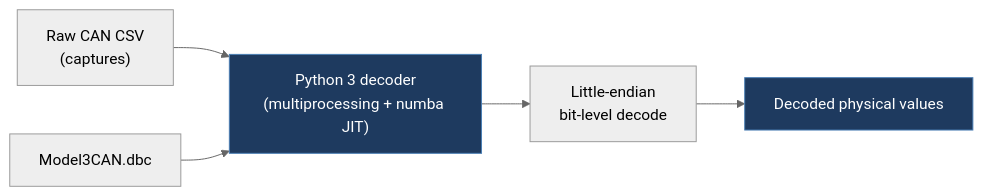
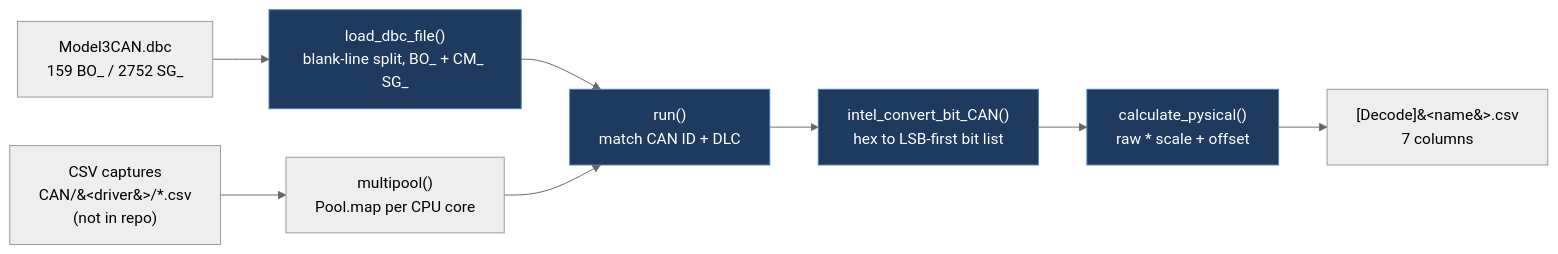
The diagram in docs/legacy/LeeGaHyeon-tesla_CAN_traffic_decode.md (babico/TeslaCANModder), drawn with Mermaid (neutral theme) before and after one commit. The commit also changed other lines of this file and 99 other files, not shown here.

````diff
--- a/docs/legacy/LeeGaHyeon-tesla_CAN_traffic_decode.md
+++ b/docs/legacy/LeeGaHyeon-tesla_CAN_traffic_decode.md
@@ -19,9 +63,12 @@
 ```mermaid
 flowchart LR
-    CSV["Raw CAN CSV<br/>(captures)"] --> Py["Python 3 decoder<br/>(multiprocessing + numba JIT)"]
-    DBC["Model3CAN.dbc"] --> Py
-    Py --> Decode["Little-endian<br/>bit-level decode"]
-    Decode --> Out["Decoded physical values"]
-    classDef path fill:#1e3a5f,stroke:#4a7fb5,color:#fff
-    class Py,Out path
+    CSV["CSV captures<br/>CAN/&#60;driver&#62;/*.csv<br/>(not in repo)"] --> Pool["multipool()<br/>Pool.map per CPU core"]
+    DBC["Model3CAN.dbc<br/>159 BO_ / 2752 SG_"] --> Load["load_dbc_file()<br/>blank-line split, BO_ + CM_ SG_"]
+    Load --> Match["run()<br/>match CAN ID + DLC"]
+    Match --> Bits["intel_convert_bit_CAN()<br/>hex to LSB-first bit list"]
+    Bits --> Phys["calculate_pysical()<br/>raw * scale + offset"]
+    Phys --> Out["[Decode]&#60;name&#62;.csv<br/>7 columns"]
+    Pool --> Match
+    classDef stage fill:#1e3a5f,stroke:#4a7fb5,color:#fff
+    class Load,Match,Bits,Phys stage
 ```
````
